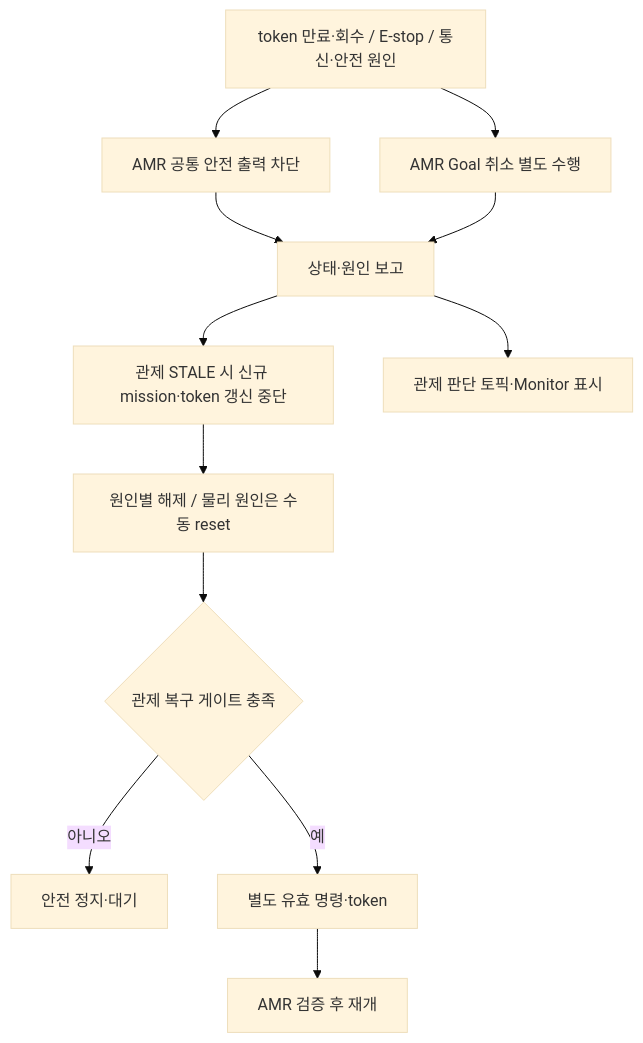
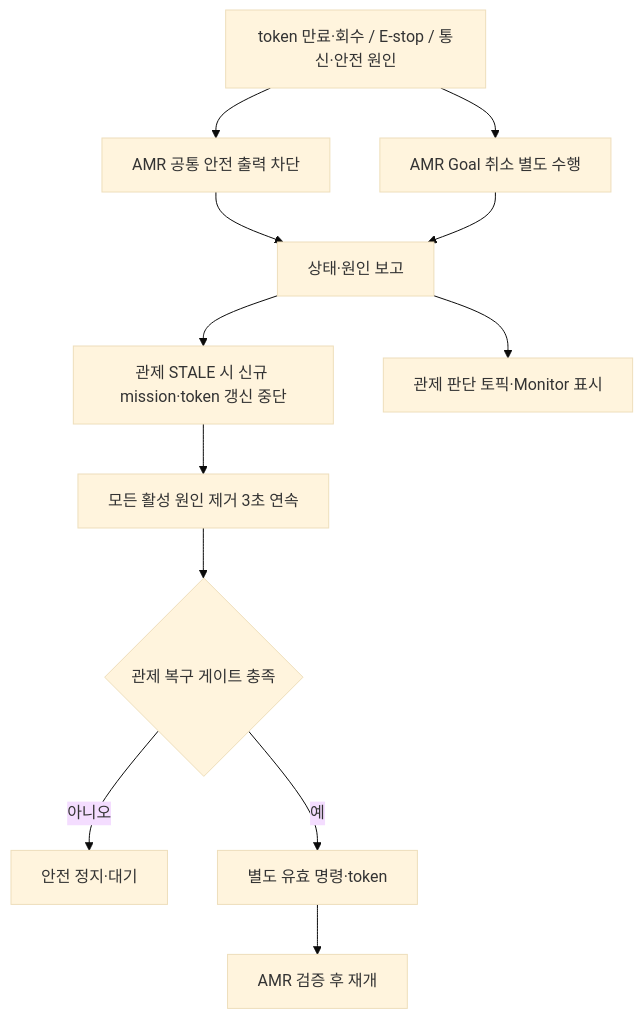
The eighth of 8 diagrams in docs/scenarios.md (suuuhululu/patrol), drawn with Mermaid (base theme) before and after one commit. The commit also changed other lines of this file and 5 other files, not shown here.

```diff
--- a/docs/scenarios.md
+++ b/docs/scenarios.md
@@ -265,14 +265,14 @@
 ~~~mermaid
 flowchart TD
     A[token 만료·회수 / E-stop / 통신·안전 원인] --> B[AMR 공통 안전 출력 차단]
     A --> C[AMR Goal 취소 별도 수행]
     B --> D[상태·원인 보고]
     C --> D
     D --> E[관제 STALE 시 신규 mission·token 갱신 중단]
-    E --> F[원인별 해제 / 물리 원인은 수동 reset]
+    E --> F[모든 활성 원인 제거 3초 연속]
     F --> G{관제 복구 게이트 충족}
     G -->|아니오| W[안전 정지·대기]
     G -->|예| H[별도 유효 명령·token]
     H --> I[AMR 검증 후 재개]
     D --> M[관제 판단 토픽·Monitor 표시]
 ~~~
```
